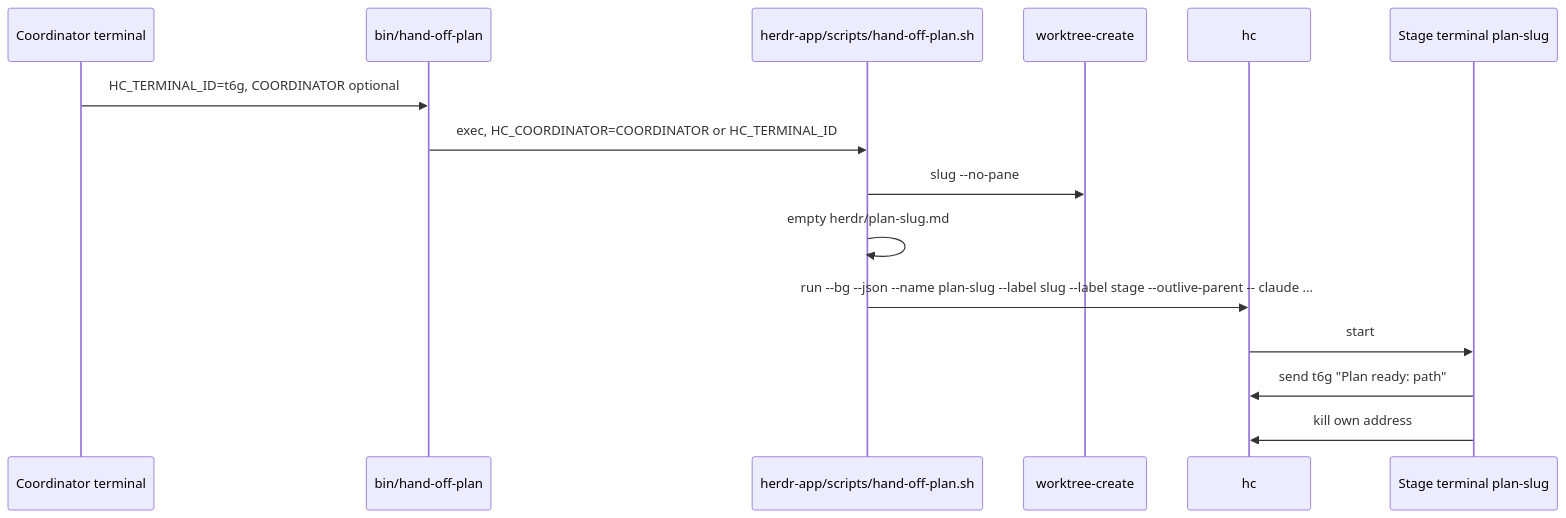
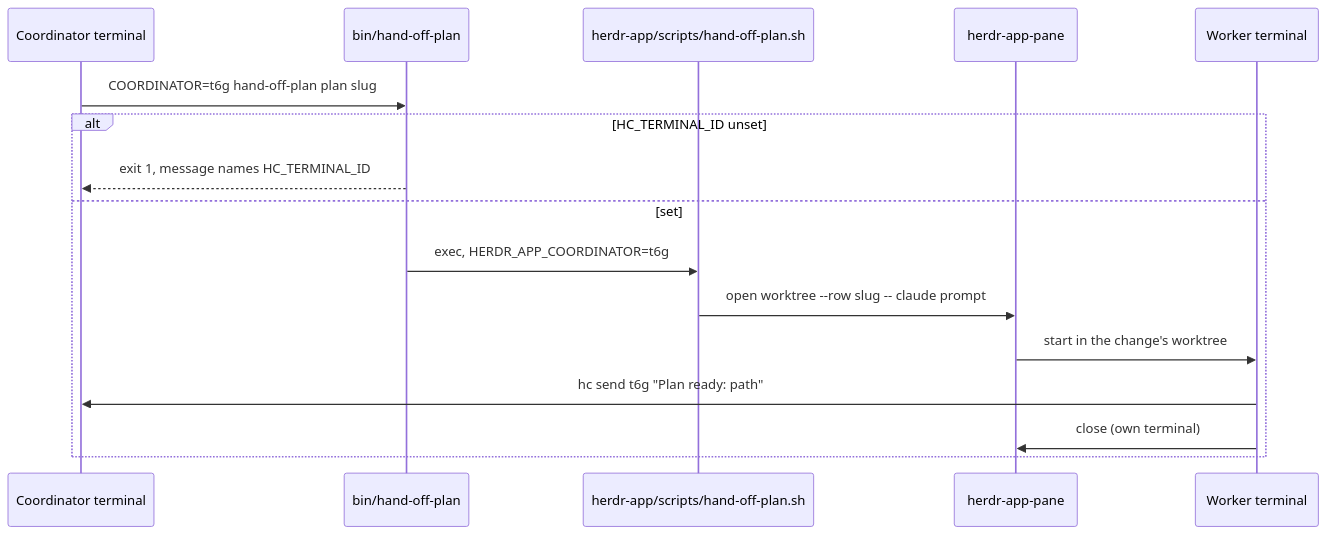
Before and after one commit to eirvandelden/dotfiles: the third of 3 diagrams in docs/changes/hand-off-plan-hc/plan.md, drawn with Mermaid. The commit also changed other lines of this file and 1 other file, not shown here.

Commit message:
docs: intent and plan for hand-off-plan-hc

````diff
--- a/docs/changes/hand-off-plan-hc/plan.md
+++ b/docs/changes/hand-off-plan-hc/plan.md
@@ -43,17 +76,18 @@
 ```mermaid
 sequenceDiagram
   participant C as Coordinator terminal
   participant D as bin/hand-off-plan
-  participant H as herdr-app/scripts/hand-off-plan.sh
-  participant G as worktree-create
-  participant hc as hc
-  participant S as Stage terminal plan-slug
-  C ->> D : HC_TERMINAL_ID=t6g, COORDINATOR optional
-  D ->> H : exec, HC_COORDINATOR=COORDINATOR or HC_TERMINAL_ID
-  H ->> G : slug --no-pane
-  H ->> H : empty herdr/plan-slug.md
-  H ->> hc : run --bg --json --name plan-slug --label slug --label stage --outlive-parent -- claude ...
-  hc ->> S : start
-  S ->> hc : send t6g "Plan ready: path"
-  S ->> hc : kill own address
+  participant S as herdr-app/scripts/hand-off-plan.sh
+  participant P as herdr-app-pane
+  participant W as Worker terminal
+  C ->> D : COORDINATOR=t6g hand-off-plan plan slug
+  alt HC_TERMINAL_ID unset
+    D -->> C : exit 1, message names HC_TERMINAL_ID
+  else set
+    D ->> S : exec, HERDR_APP_COORDINATOR=t6g
+    S ->> P : open worktree --row slug -- claude prompt
+    P ->> W : start in the change's worktree
+    W ->> C : hc send t6g "Plan ready: path"
+    W ->> P : close (own terminal)
+  end
 ```
````
